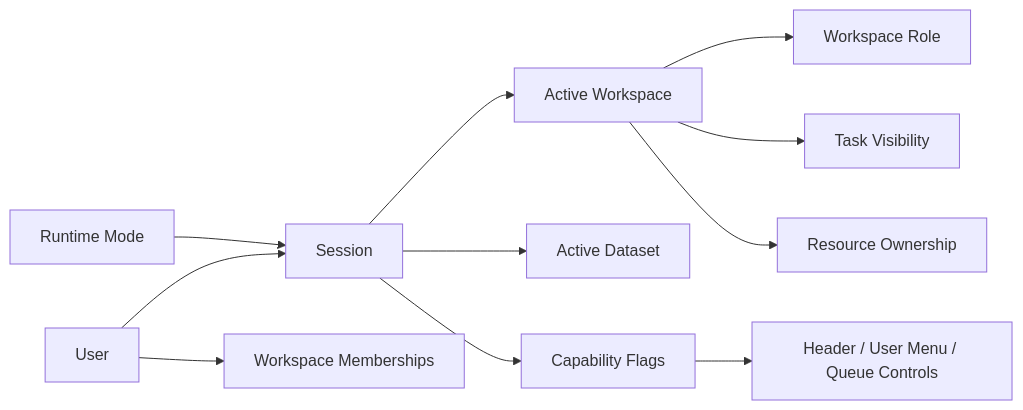
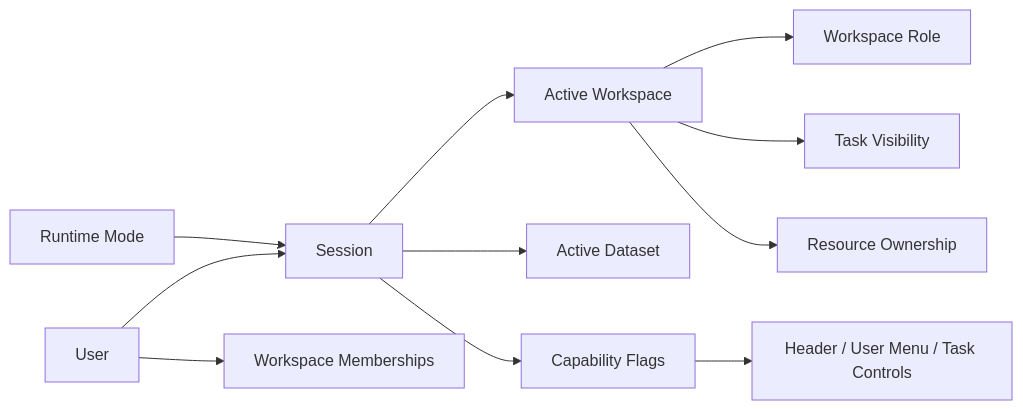
The diagram in docs/reference/app/shared/identity-workspace-model.md (arfiligol/superconducting-circuits-research-workbench), drawn with Mermaid before and after one commit. The commit also changed other lines of this file and 36 other files, not shown here.

````diff
--- a/docs/reference/app/shared/identity-workspace-model.md
+++ b/docs/reference/app/shared/identity-workspace-model.md
@@ -97,13 +97,13 @@
 ```mermaid
 flowchart LR
     Mode["Runtime Mode"] --> Session["Session"]
     User["User"] --> Session["Session"]
     User --> Memberships["Workspace Memberships"]
     Session --> Workspace["Active Workspace"]
     Workspace --> Role["Workspace Role"]
     Session --> ActiveDataset["Active Dataset"]
     Session --> Capabilities["Capability Flags"]
     Workspace --> TaskVisibility["Task Visibility"]
     Workspace --> ResourceScope["Resource Ownership"]
-    Capabilities --> Shell["Header / User Menu / Queue Controls"]
+    Capabilities --> Shell["Header / User Menu / Task Controls"]
 ```
````
